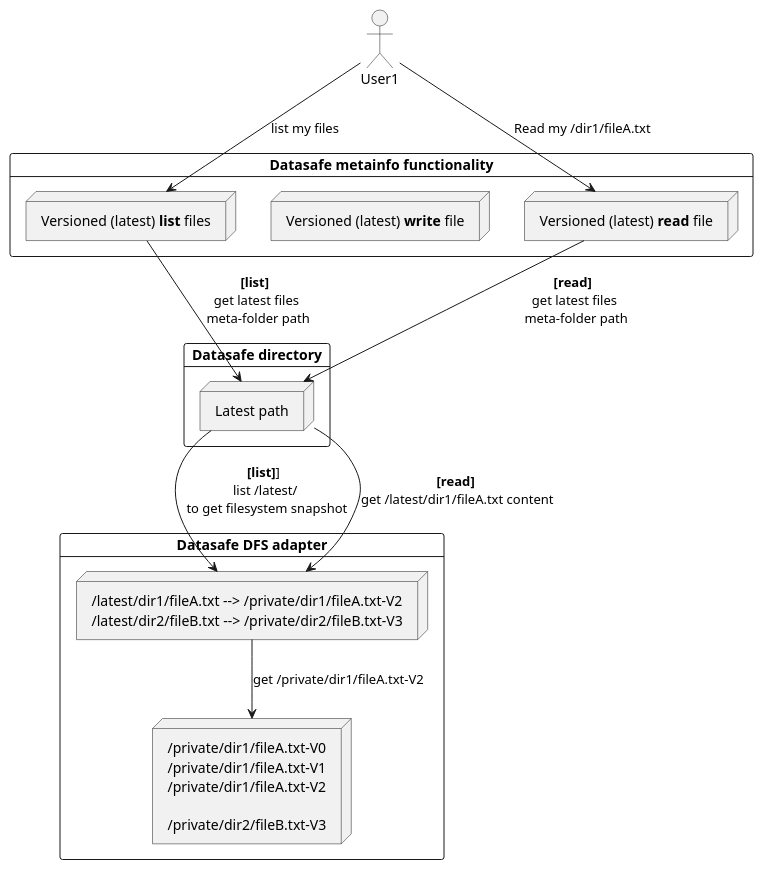
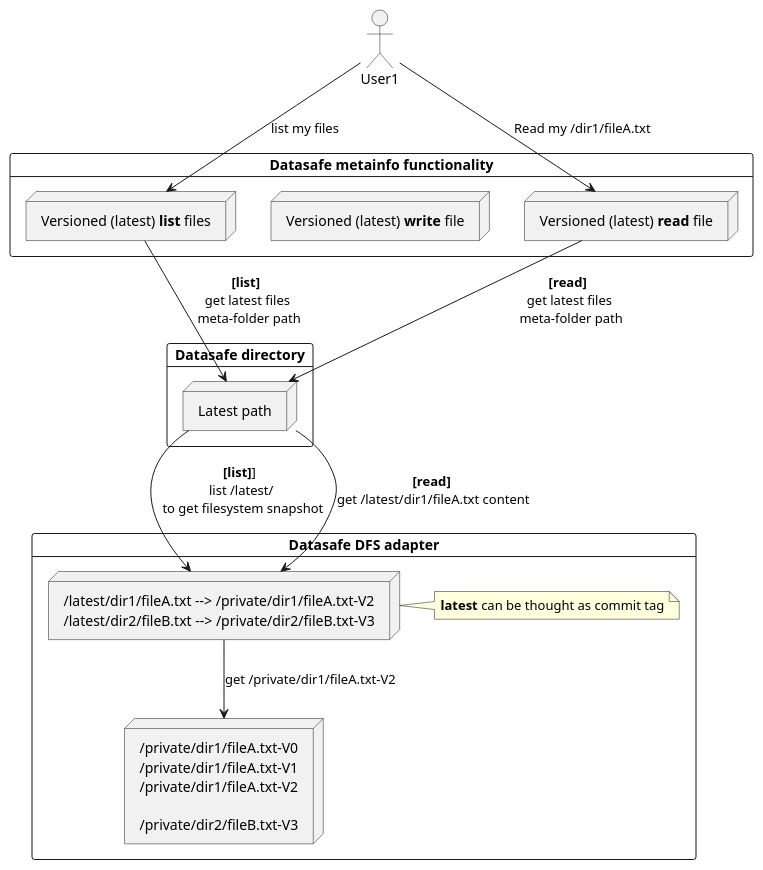
The diagram in datasafe-metainfo-version/file-versioning.puml (adorsys/datasafe), drawn with PlantUML before and after one commit. The commit also changed 4 other files, not shown here.

Commit message:
DOC-135. Added sequence diagrams

```diff
--- a/datasafe-metainfo-version/file-versioning.puml
+++ b/datasafe-metainfo-version/file-versioning.puml
@@ -1,48 +1,52 @@
 @startuml
 actor User1 as user1
 
 card "Datasafe metainfo functionality" {
   node doList [
     Versioned (latest) **list** files
   ]
 
   node doWrite [
     Versioned (latest) **write** file
   ]
 
   node doRead [
     Versioned (latest) **read** file
   ]
 }
 
 card "Datasafe directory" {
   node user1PrivateMeta [
       Latest path
   ]
 }
 
 card "Datasafe DFS adapter" {
   node s3Latest [
       /latest/dir1/fileA.txt --> /private/dir1/fileA.txt-V2
       /latest/dir2/fileB.txt --> /private/dir2/fileB.txt-V3
   ]
 
+  note right
+  **latest** can be thought as commit tag
+  end note
+
   node s3Private [
       /private/dir1/fileA.txt-V0
       /private/dir1/fileA.txt-V1
       /private/dir1/fileA.txt-V2
 
       /private/dir2/fileB.txt-V3
   ]
 }
 
 user1 --> doList : list my files
 doList --> user1PrivateMeta : **[list]** \n get latest files \n meta-folder path
 user1PrivateMeta --> s3Latest : **[list]**] \n list /latest/ \n to get filesystem snapshot
 
 user1 --> doRead : Read my /dir1/fileA.txt
 doRead --> user1PrivateMeta : **[read]** \n get latest files \n meta-folder path
 user1PrivateMeta --> s3Latest : **[read]** \nget /latest/dir1/fileA.txt content
 s3Latest --> s3Private : get /private/dir1/fileA.txt-V2
 
 @enduml
```
